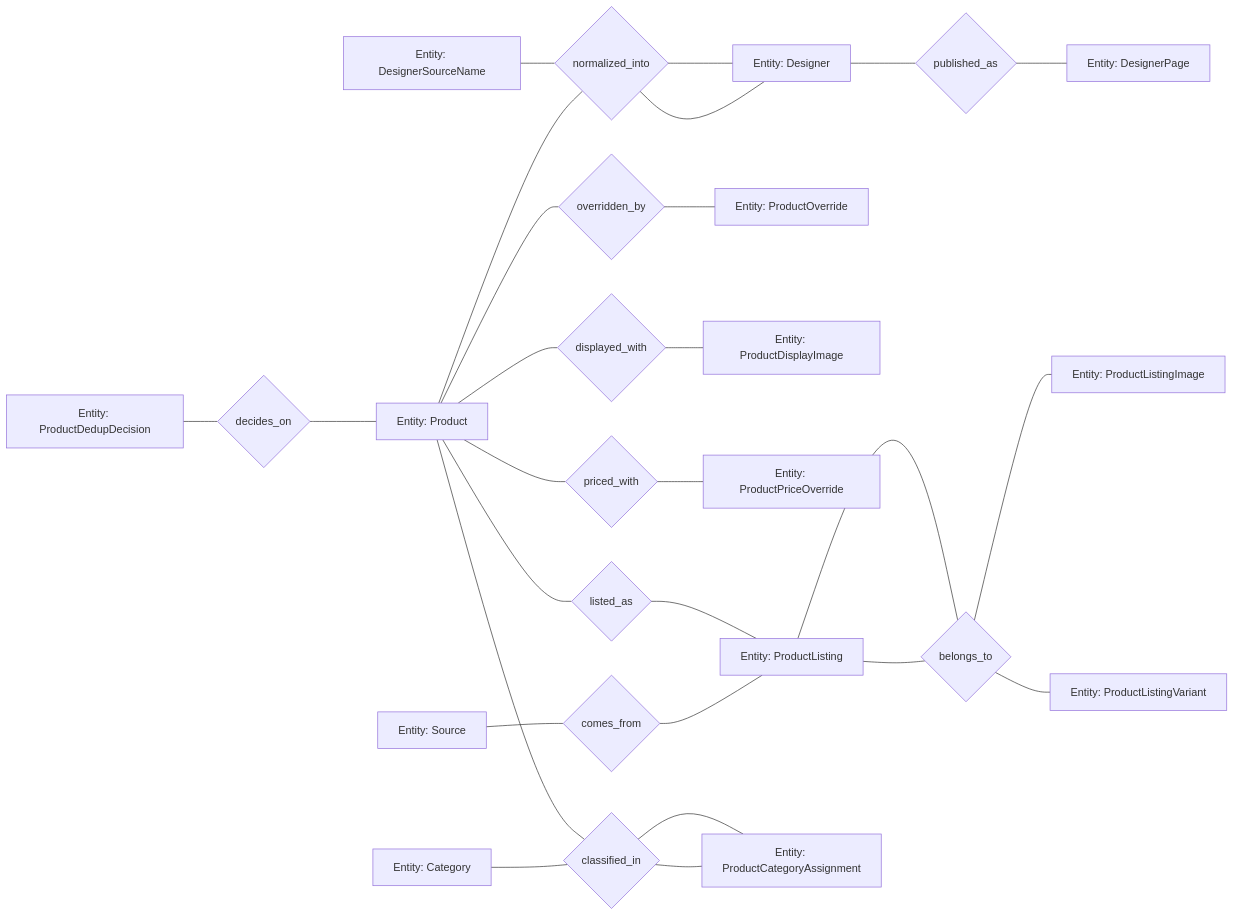
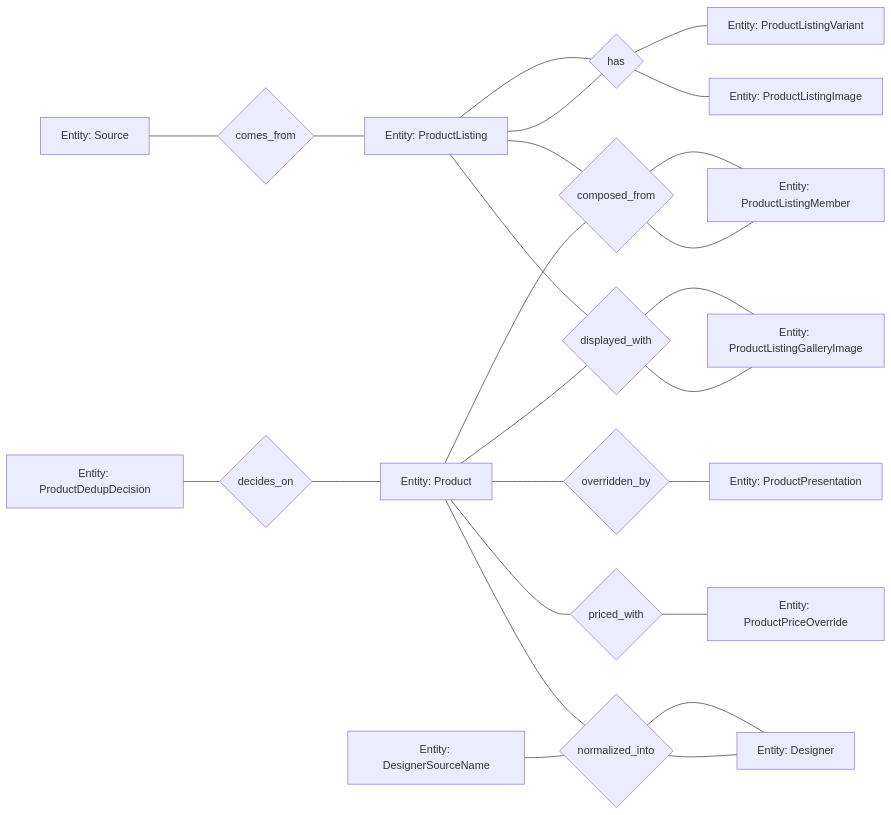
One commit to KroJIak/wardrobe-parser-platform changed the first of 2 diagrams in docs/database-redesign-admin/02-conceptual-chen-model.md. Above: the diagram before and after it, drawn with Mermaid. The commit also changed other lines of this file and 14 other files, not shown here.

````diff
--- a/docs/database-redesign-admin/02-conceptual-chen-model.md
+++ b/docs/database-redesign-admin/02-conceptual-chen-model.md
@@ -147,42 +174,37 @@
 ```mermaid
 flowchart LR
   Product[Entity: Product]
   Listing[Entity: ProductListing]
+  ListingMember[Entity: ProductListingMember]
   Variant[Entity: ProductListingVariant]
   Image[Entity: ProductListingImage]
   Source[Entity: Source]
-  Override[Entity: ProductOverride]
-  DisplayImage[Entity: ProductDisplayImage]
+  Presentation[Entity: ProductPresentation]
+  ListingGalleryImage[Entity: ProductListingGalleryImage]
   PriceOverride[Entity: ProductPriceOverride]
   Designer[Entity: Designer]
   DesignerName[Entity: DesignerSourceName]
-  DesignerPage[Entity: DesignerPage]
-  Category[Entity: Category]
-  ProductCategory[Entity: ProductCategoryAssignment]
   DedupDecision[Entity: ProductDedupDecision]
 
-  R1{listed_as}
-  R2{belongs_to}
+  R1{composed_from}
+  R2{has}
   R3{comes_from}
   R4{overridden_by}
   R5{displayed_with}
   R5a{priced_with}
   R6{normalized_into}
-  R7{published_as}
-  R8{classified_in}
-  R9{decides_on}
+  R7{decides_on}
 
-  Product --- R1 --- Listing
+  Product --- R1 --- ListingMember
+  Listing --- R1 --- ListingMember
   Listing --- R2 --- Variant
   Listing --- R2 --- Image
   Source --- R3 --- Listing
-  Product --- R4 --- Override
-  Product --- R5 --- DisplayImage
+  Product --- R4 --- Presentation
+  Product --- R5 --- ListingGalleryImage
+  Listing --- R5 --- ListingGalleryImage
   Product --- R5a --- PriceOverride
   DesignerName --- R6 --- Designer
-  Designer --- R7 --- DesignerPage
   Product --- R6 --- Designer
-  Product --- R8 --- ProductCategory
-  Category --- R8 --- ProductCategory
-  DedupDecision --- R9 --- Product
+  DedupDecision --- R7 --- Product
 ```
````
